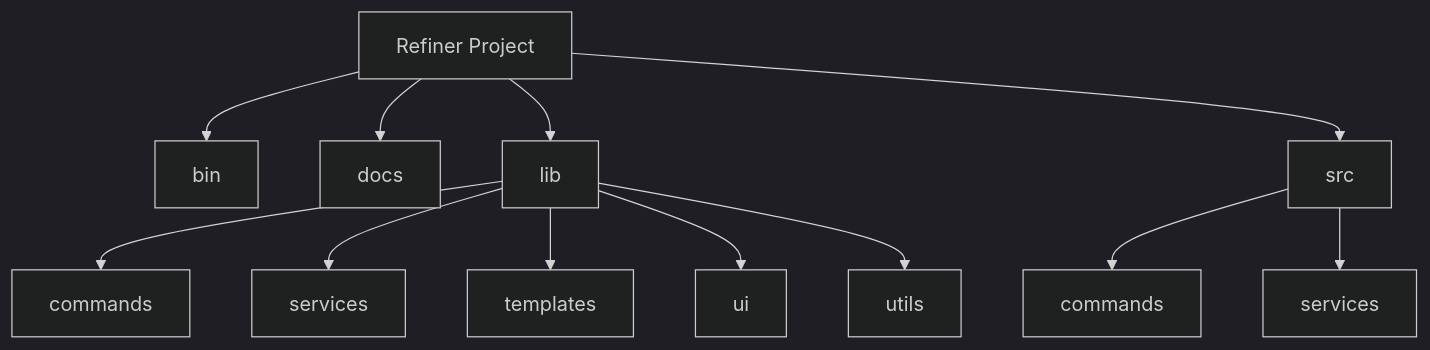
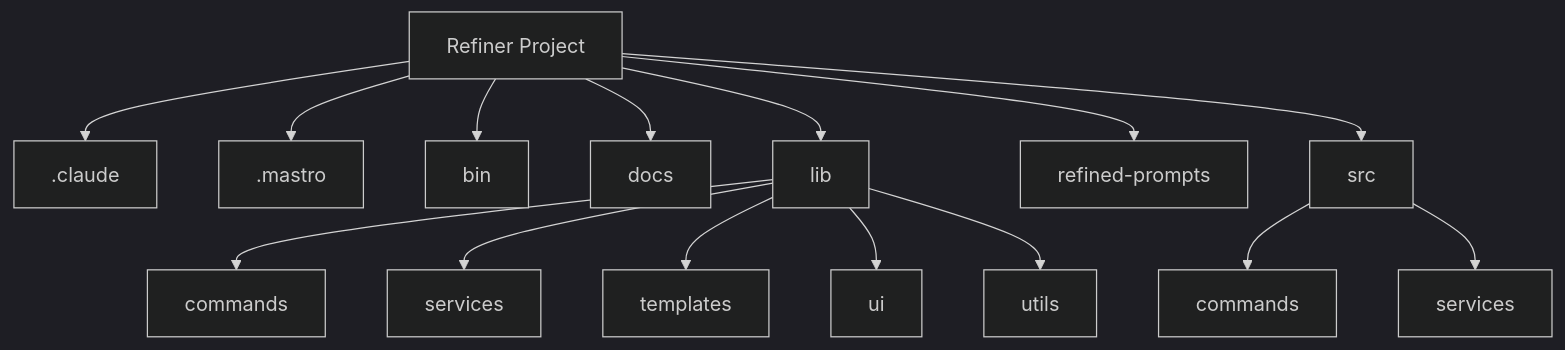
Before and after one commit to geogoesbeepboop/refiner: the third of 3 diagrams in docs/architecture.md, drawn with Mermaid (dark theme). The commit also changed other lines of this file and 7 other files, not shown here.

````diff
--- a/docs/architecture.md
+++ b/docs/architecture.md
@@ -134,14 +142,17 @@
 ```mermaid
 graph TD;
-    A[Refiner Project] --> B[bin]
-    A --> C[docs]
-    A --> D[lib]
-    D --> E[commands]
-    D --> F[services]
-    D --> G[templates]
-    D --> H[ui]
-    D --> I[utils]
-    A --> J[src]
-    J --> K[commands]
-    J --> L[services]
+    A[Refiner Project] --> B[.claude];
+    A --> C[.mastro];
+    A --> D[bin];
+    A --> E[docs];
+    A --> F[lib];
+    F --> G[commands];
+    F --> H[services];
+    F --> I[templates];
+    F --> J[ui];
+    F --> K[utils];
+    A --> L[refined-prompts];
+    A --> M[src];
+    M --> N[commands];
+    M --> O[services];
 ```
````
